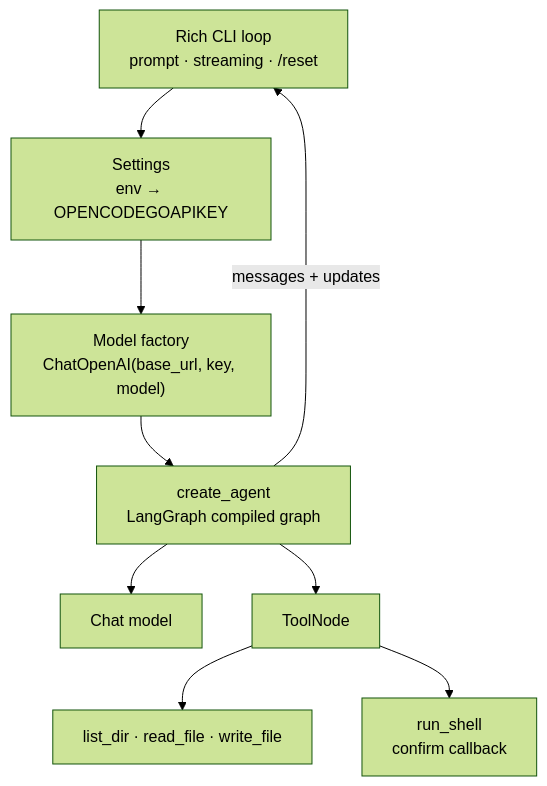
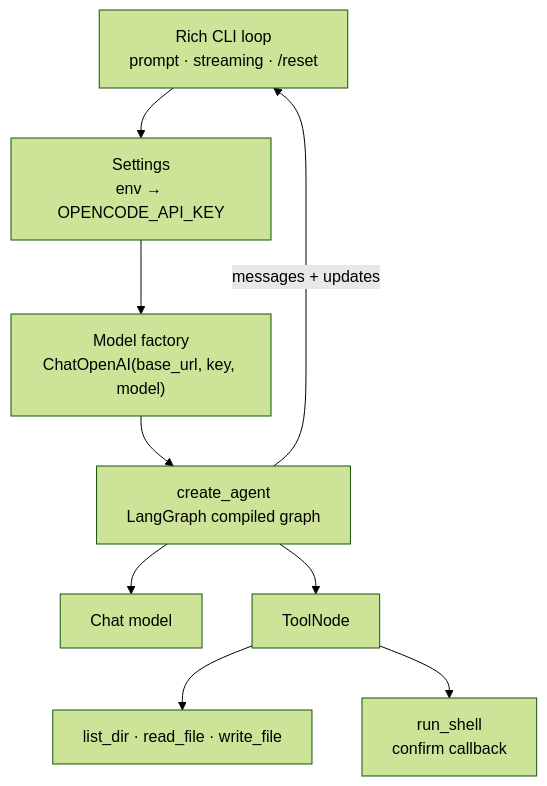
One commit to Ashitaka-Laputa-IV/baby-langgraph-code-agent changed the diagram in docs/plans/2026-11-20-1054-feat-langgraph-code-agent-plan.md. Above: the diagram before and after it, drawn with Mermaid (forest theme). The commit also changed other lines of this file and 4 other files, not shown here.

First line of the commit message:
fix: read the OpenCode Go key from OPENCODE_API_KEY

````diff
--- a/docs/plans/2026-11-20-1054-feat-langgraph-code-agent-plan.md
+++ b/docs/plans/2026-11-20-1054-feat-langgraph-code-agent-plan.md
@@ -93,11 +93,11 @@
 ```mermaid
 flowchart TB
-  CLI["Rich CLI loop<br/>prompt · streaming · /reset"] --> Settings["Settings<br/>env → OPENCODEGOAPIKEY"]
+  CLI["Rich CLI loop<br/>prompt · streaming · /reset"] --> Settings["Settings<br/>env → OPENCODE_API_KEY"]
   Settings --> Factory["Model factory<br/>ChatOpenAI(base_url, key, model)"]
   Factory --> Agent["create_agent<br/>LangGraph compiled graph"]
   Agent --> Model["Chat model"]
   Agent --> Tools["ToolNode"]
   Tools --> FS["list_dir · read_file · write_file"]
   Tools --> Shell["run_shell<br/>confirm callback"]
   Agent -->|"messages + updates"| CLI
 ```
````
